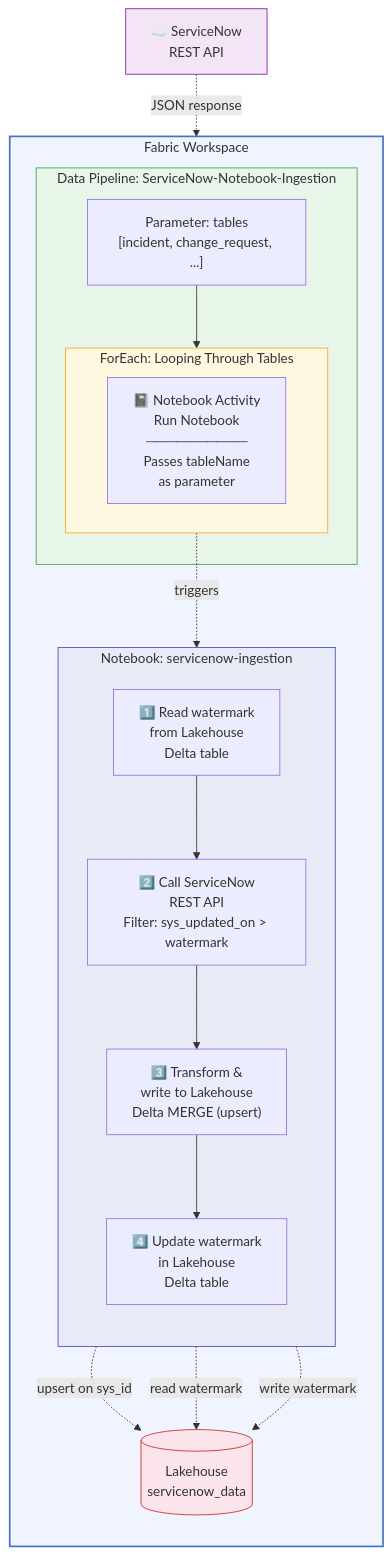
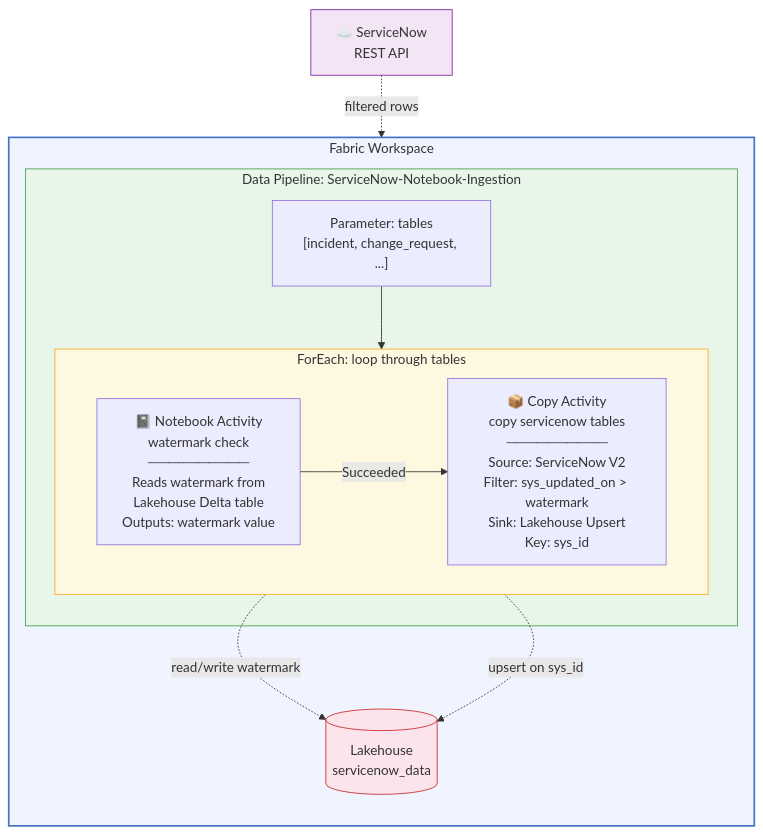
Before and after one commit to claraworkman/fabric-servicenow-pipeline-notebook-implementation: the diagram in README.md, drawn with Mermaid. The commit also changed other lines of this file, not shown here.

Commit message:
Rewrite README to match actual hybrid architecture: Notebook (watermark) + Copy Activity (data)

````diff
--- a/README.md
+++ b/README.md
@@ -11,45 +11,36 @@
 ```mermaid
 flowchart TB
     subgraph Workspace["Fabric Workspace"]
         direction TB
         
         subgraph Pipeline["Data Pipeline: ServiceNow-Notebook-Ingestion"]
             Param["Parameter: tables<br/>[incident, change_request, ...]"]
             
-            subgraph ForEach["ForEach: Looping Through Tables"]
+            subgraph ForEach["ForEach: loop through tables"]
                 direction LR
                 
-                NB["📓 Notebook Activity<br/>Run Notebook<br/>──────────<br/>Passes tableName<br/>as parameter"]
+                NB["📓 Notebook Activity<br/>watermark check<br/>──────────<br/>Reads watermark from<br/>Lakehouse Delta table<br/>Outputs: watermark value"]
+                
+                Copy["📦 Copy Activity<br/>copy servicenow tables<br/>──────────<br/>Source: ServiceNow V2<br/>Filter: sys_updated_on &gt; watermark<br/>Sink: Lakehouse Upsert<br/>Key: sys_id"]
+                
+                NB -->|"Succeeded"| Copy
             end
             
             Param --> ForEach
-        end
-        
-        subgraph Notebook["Notebook: servicenow-ingestion"]
-            direction TB
-            Step1["1️⃣ Read watermark<br/>from Lakehouse<br/>Delta table"]
-            Step2["2️⃣ Call ServiceNow<br/>REST API<br/>Filter: sys_updated_on &gt; watermark"]
-            Step3["3️⃣ Transform &amp;<br/>write to Lakehouse<br/>Delta MERGE (upsert)"]
-            Step4["4️⃣ Update watermark<br/>in Lakehouse<br/>Delta table"]
-            
-            Step1 --> Step2 --> Step3 --> Step4
         end
         
         LH[("Lakehouse<br/>servicenow_data")]
     end
     
     SN["☁️ ServiceNow<br/>REST API"]
     
-    NB -.->|"triggers"| Notebook
-    SN -.->|"JSON response"| Step2
-    Step3 -.->|"upsert on sys_id"| LH
-    Step1 -.->|"read watermark"| LH
-    Step4 -.->|"write watermark"| LH
+    NB -.->|"read/write watermark"| LH
+    SN -.->|"filtered rows"| Copy
+    Copy -.->|"upsert on sys_id"| LH
 
     style Workspace fill:#f0f4ff,stroke:#4472c4,stroke-width:2px
     style Pipeline fill:#e8f5e9,stroke:#43a047,stroke-width:1px
     style ForEach fill:#fff8e1,stroke:#f9a825,stroke-width:1px
-    style Notebook fill:#e8eaf6,stroke:#3f51b5,stroke-width:1px
     style LH fill:#fce4ec,stroke:#c62828
     style SN fill:#f3e5f5,stroke:#7b1fa2
 ```
````
